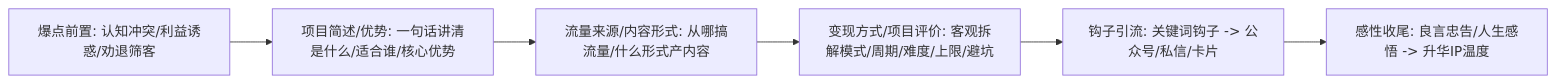
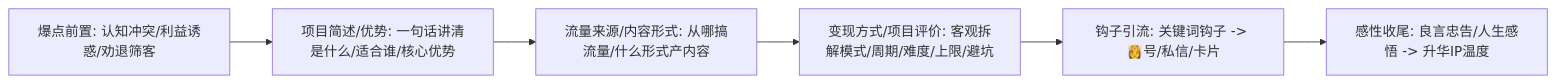
Before and after one commit to OpenDocCN1/flygon-zhuanqian-zhoubao: the fourth of 7 diagrams in docs/202305_paper2textbook/asset/body_fix_81d4ff6582c3709fd1824bc6f3f67e04_3b6a771da4f5389adf213161559e101b_557208d6017c291aa8b3c719cd878efc_eb42ffa0f8c1e302051067f5442f3f8a.md, drawn with Mermaid. The commit also changed other lines of this file and 6688 other files, not shown here.

````diff
--- a/docs/202305_paper2textbook/asset/body_fix_81d4ff6582c3709fd1824bc6f3f67e04_3b6a771da4f5389adf213161559e101b_557208d6017c291aa8b3c719cd878efc_eb42ffa0f8c1e302051067f5442f3f8a.md
+++ b/docs/202305_paper2textbook/asset/body_fix_81d4ff6582c3709fd1824bc6f3f67e04_3b6a771da4f5389adf213161559e101b_557208d6017c291aa8b3c719cd878efc_eb42ffa0f8c1e302051067f5442f3f8a.md
@@ -198,8 +198,8 @@
 ```mermaid
 flowchart LR
     A[爆点前置: 认知冲突/利益诱惑/劝退筛客] --> B[项目简述/优势: 一句话讲清是什么/适合谁/核心优势]
     B --> C[流量来源/内容形式: 从哪搞流量/什么形式产内容]
     C --> D[变现方式/项目评价: 客观拆解模式/周期/难度/上限/避坑]
-    D --> E[钩子引流: 关键词钩子 -> 公众号/私信/卡片]
+    D --> E[钩子引流: 关键词钩子 -> 👸号/私信/卡片]
     E --> F[感性收尾: 良言忠告/人生感悟 -> 升华IP温度]
 ```
````
